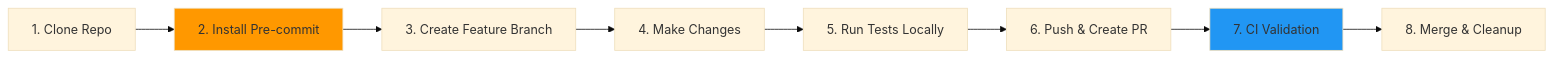
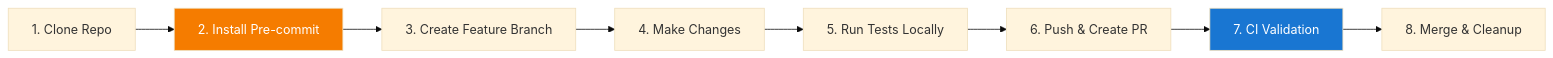
The eighth of 10 diagrams in README.md (mvalancy-mt/training-materials), drawn with Mermaid (base theme) before and after one commit. The commit also changed other lines of this file and 2 other files, not shown here.

First line of the commit message:
fix: improve mermaid diagram readability with high-contrast colors (#9)

````diff
--- a/README.md
+++ b/README.md
@@ -271,13 +271,13 @@
 ```mermaid
 flowchart LR
     A[1. Clone Repo] --> B[2. Install Pre-commit]
     B --> C[3. Create Feature Branch]
     C --> D[4. Make Changes]
     D --> E[5. Run Tests Locally]
     E --> F[6. Push & Create PR]
     F --> G[7. CI Validation]
     G --> H[8. Merge & Cleanup]
 
-    style B fill:#ff9800
-    style G fill:#2196f3
+    style B fill:#f57c00,color:#ffffff
+    style G fill:#1976d2,color:#ffffff
 ```
````
